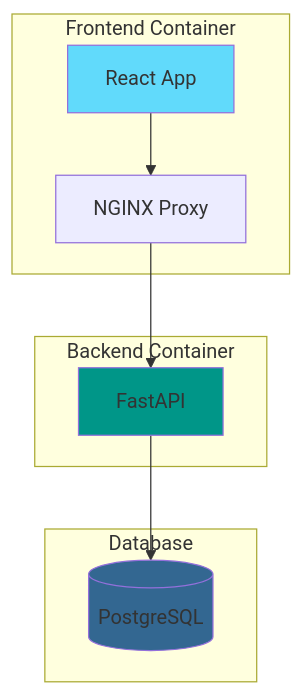
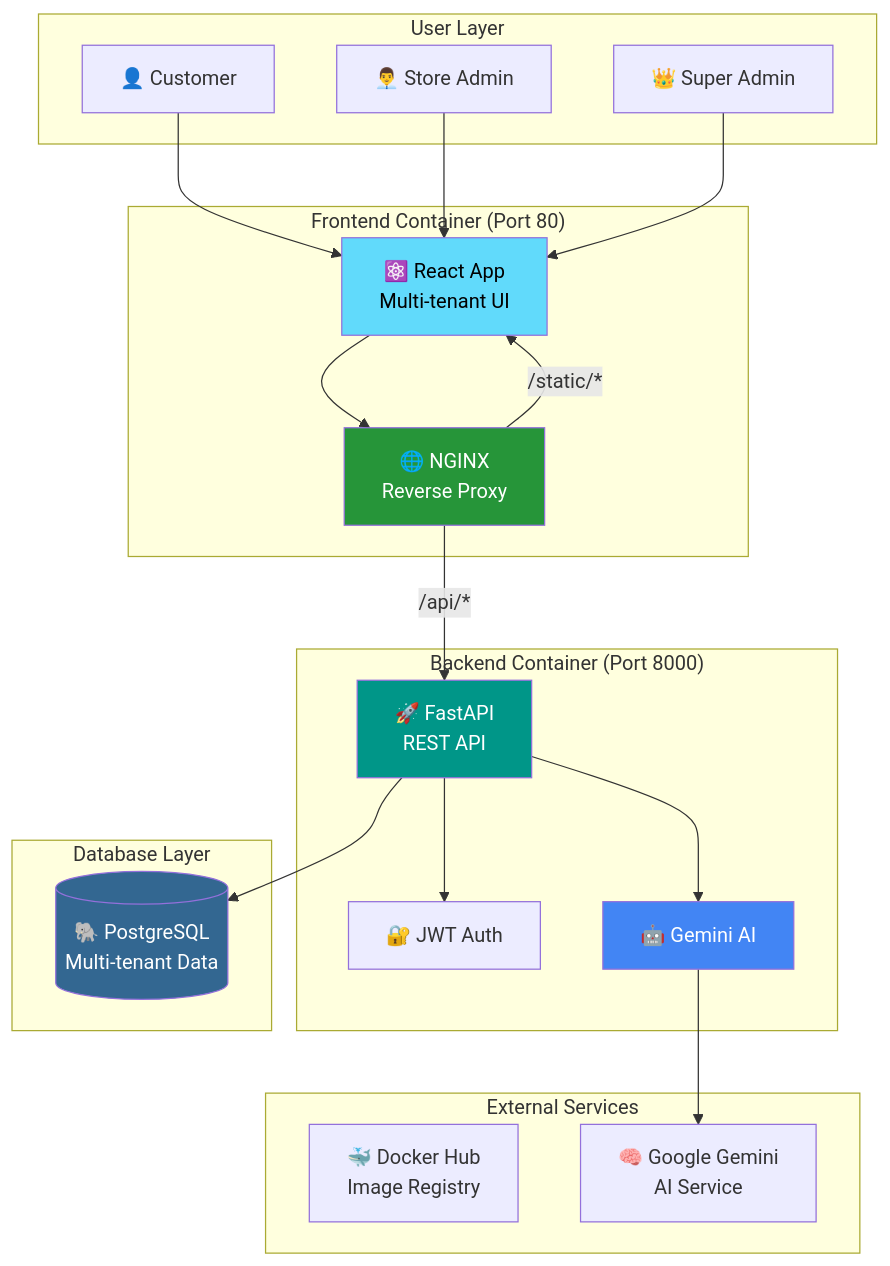
The diagram in README.md (joshzacharytan/generation-capstone), drawn with Mermaid before and after one commit. The commit also changed other lines of this file, not shown here.

First line of the commit message:
docs: comprehensive README rewrite with enhanced user experience

````diff
--- a/README.md
+++ b/README.md
@@ -291,23 +20,48 @@
 ```mermaid
 graph TB
-    subgraph "Frontend Container"
-        React[React App]
-        Nginx[NGINX Proxy]
+    subgraph "User Layer"
+        Customer[👤 Customer]
+        Admin[👨‍💼 Store Admin]
+        SuperAdmin[👑 Super Admin]
     end
     
-    subgraph "Backend Container"
-        FastAPI[FastAPI]
+    subgraph "Frontend Container (Port 80)"
+        React[⚛️ React App<br/>Multi-tenant UI]
+        Nginx[🌐 NGINX<br/>Reverse Proxy]
     end
     
-    subgraph "Database"
-        DB[(PostgreSQL)]
+    subgraph "Backend Container (Port 8000)"
+        FastAPI[🚀 FastAPI<br/>REST API]
+        Auth[🔐 JWT Auth]
+        AI[🤖 Gemini AI]
     end
     
+    subgraph "Database Layer"
+        DB[(🐘 PostgreSQL<br/>Multi-tenant Data)]
+    end
+    
+    subgraph "External Services"
+        DockerHub[🐳 Docker Hub<br/>Image Registry]
+        Gemini[🧠 Google Gemini<br/>AI Service]
+    end
+    
+    Customer --> React
+    Admin --> React
+    SuperAdmin --> React
+    
     React --> Nginx
-    Nginx --> FastAPI
+    Nginx -->|/api/*| FastAPI
+    Nginx -->|/static/*| React
+    
+    FastAPI --> Auth
+    FastAPI --> AI
     FastAPI --> DB
     
-    style React fill:#61dafb
-    style FastAPI fill:#009688
-    style DB fill:#336791
+    AI --> Gemini
+    
+    style React fill:#61dafb,color:#000
+    style FastAPI fill:#009688,color:#fff
+    style DB fill:#336791,color:#fff
+    style Nginx fill:#269539,color:#fff
+    style AI fill:#4285f4,color:#fff
 ```
````
